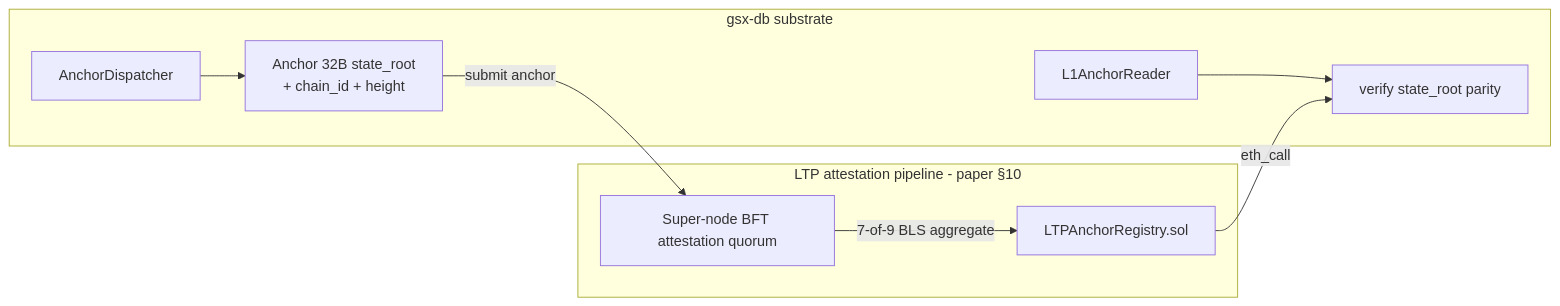
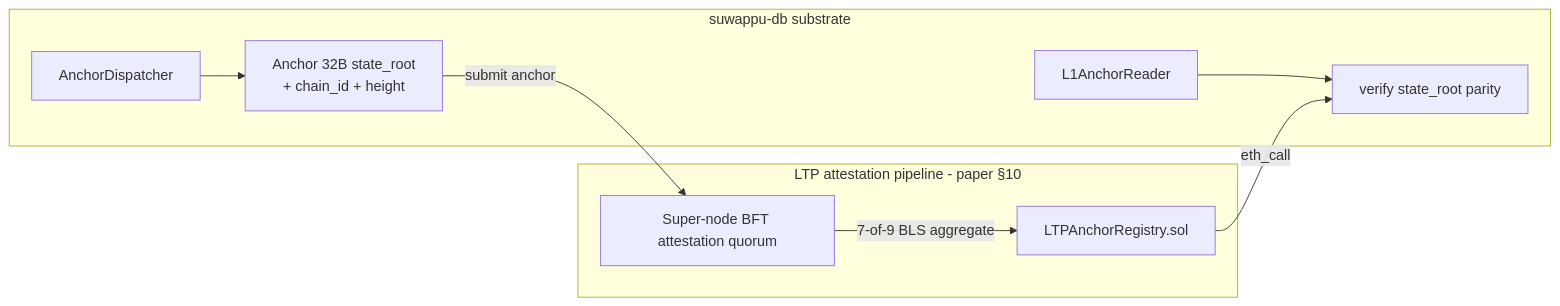
The eighth of 8 diagrams in docs/architecture/ltp-lifecycle.md (Suwappu-Labs/suwappu-db), drawn with Mermaid before and after one commit. The commit also changed other lines of this file and 232 other files, not shown here.

First line of the commit message:
chore: rebrand gsx-db -> suwappu-db (crates, code, docs)

````diff
--- a/docs/architecture/ltp-lifecycle.md
+++ b/docs/architecture/ltp-lifecycle.md
@@ -172,14 +172,14 @@
 ```mermaid
 flowchart LR
-    subgraph GsxDB[gsx-db substrate]
+    subgraph SuwappuDB[suwappu-db substrate]
         Bridge[AnchorDispatcher] --> Anchor[Anchor 32B state_root<br/>+ chain_id + height]
         Server[L1AnchorReader] --> Verify[verify state_root parity]
     end
     subgraph LTP[LTP attestation pipeline - paper §10]
         Witness[Super-node BFT attestation quorum]
         Reg[LTPAnchorRegistry.sol]
         Witness -- 7-of-9 BLS aggregate --> Reg
     end
     Anchor -- submit anchor --> Witness
     Reg -- eth_call --> Verify
 ```
````
